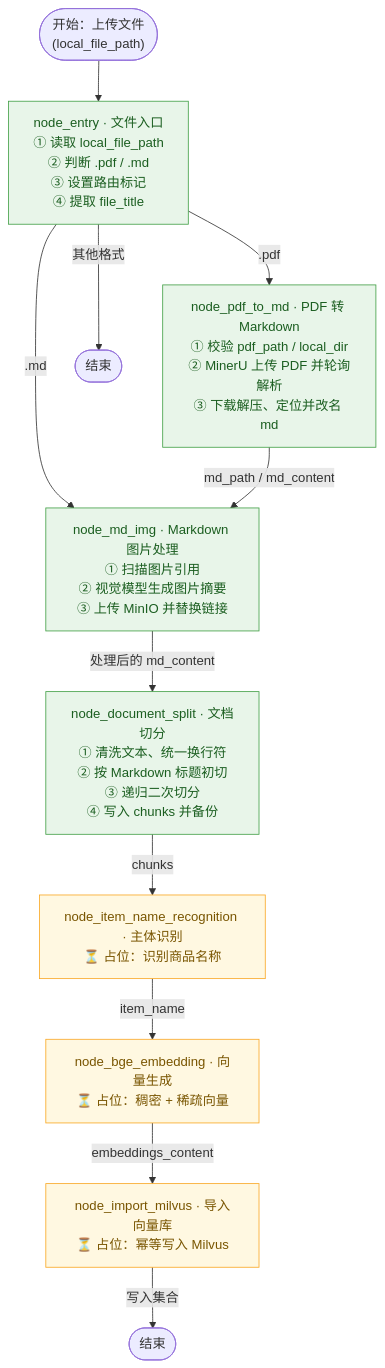
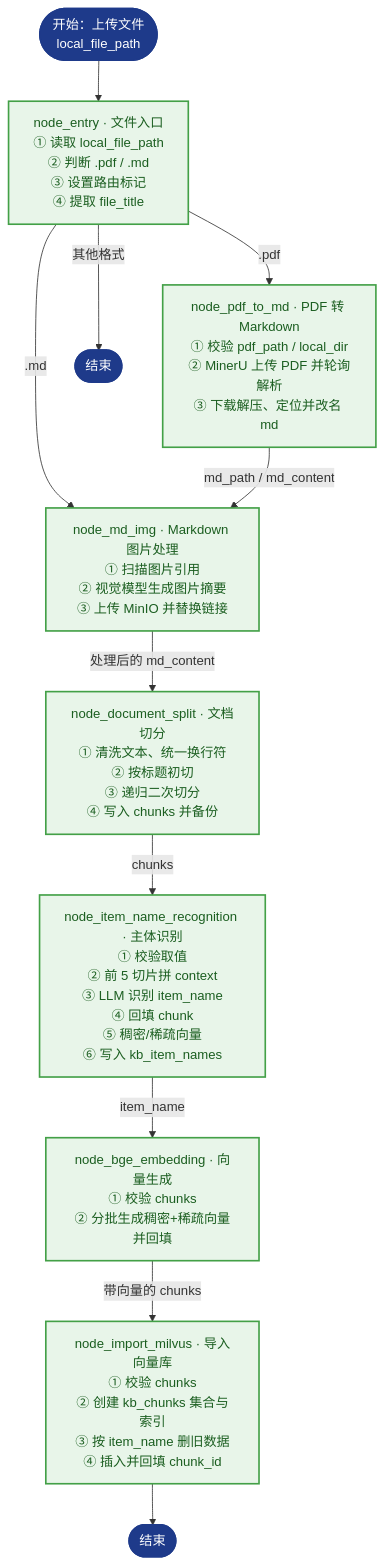
Before and after one commit to Zebra0312/RAG_Thinktank: the diagram in README.md, drawn with Mermaid. The commit also changed other lines of this file, not shown here.

Commit message:
更新README,导入部分暂完成

````diff
--- a/README.md
+++ b/README.md
@@ -11,25 +11,30 @@
 ```mermaid
 flowchart TD
-    classDef done fill:#e8f5e9,stroke:#43a047,color:#1b5e20;
-    classDef todo fill:#fff8e1,stroke:#f9a825,color:#795500;
+    classDef startEnd fill:#1e3a8a,stroke:#1e3a8a,color:#ffffff,stroke-width:2px,rx:14px,ry:14px;
+    classDef done fill:#e8f5e9,stroke:#43a047,color:#1b5e20,stroke-width:2px;
 
-    START(["开始：上传文件<br/>(local_file_path)"]) --> N1
+    START(["开始：上传文件<br/>local_file_path"]):::startEnd --> N1
 
-    N1["node_entry · 文件入口<br/>① 读取 local_file_path<br/>② 判断 .pdf / .md<br/>③ 设置路由标记<br/>④ 提取 file_title"]
+    N1["node_entry · 文件入口<br/>① 读取 local_file_path<br/>② 判断 .pdf / .md<br/>③ 设置路由标记<br/>④ 提取 file_title"]:::done
     N1 -->|".md"| N3
     N1 -->|".pdf"| N2
-    N1 -->|"其他格式"| END_A(["结束"])
+    N1 -->|"其他格式"| END_A(["结束"]):::startEnd
 
-    N2["node_pdf_to_md · PDF 转 Markdown<br/>① 校验 pdf_path / local_dir<br/>② MinerU 上传 PDF 并轮询解析<br/>③ 下载解压、定位并改名 md"] -->|"md_path / md_content"| N3
+    N2["node_pdf_to_md · PDF 转 Markdown<br/>① 校验 pdf_path / local_dir<br/>② MinerU 上传 PDF 并轮询解析<br/>③ 下载解压、定位并改名 md"]:::done
+    N2 -->|"md_path / md_content"| N3
 
-    N3["node_md_img · Markdown 图片处理<br/>① 扫描图片引用<br/>② 视觉模型生成图片摘要<br/>③ 上传 MinIO 并替换链接"] -->|"处理后的 md_content"| N4
+    N3["node_md_img · Markdown 图片处理<br/>① 扫描图片引用<br/>② 视觉模型生成图片摘要<br/>③ 上传 MinIO 并替换链接"]:::done
+    N3 -->|"处理后的 md_content"| N4
 
-    N4["node_document_split · 文档切分<br/>① 清洗文本、统一换行符<br/>② 按 Markdown 标题初切<br/>③ 递归二次切分<br/>④ 写入 chunks 并备份"] -->|"chunks"| N5
+    N4["node_document_split · 文档切分<br/>① 清洗文本、统一换行符<br/>② 按标题初切<br/>③ 递归二次切分<br/>④ 写入 chunks 并备份"]:::done
+    N4 -->|"chunks"| N5
 
-    N5["node_item_name_recognition · 主体识别<br/>⏳ 占位：识别商品名称"] -->|"item_name"| N6
-    N6["node_bge_embedding · 向量生成<br/>⏳ 占位：稠密 + 稀疏向量"] -->|"embeddings_content"| N7
-    N7["node_import_milvus · 导入向量库<br/>⏳ 占位：幂等写入 Milvus"] -->|"写入集合"| END_B(["结束"])
+    N5["node_item_name_recognition · 主体识别<br/>① 校验取值<br/>② 前 5 切片拼 context<br/>③ LLM 识别 item_name<br/>④ 回填 chunk<br/>⑤ 稠密/稀疏向量<br/>⑥ 写入 kb_item_names"]:::done
+    N5 -->|"item_name"| N6
 
-    class N1,N2,N3,N4 done;
-    class N5,N6,N7 todo;
+    N6["node_bge_embedding · 向量生成<br/>① 校验 chunks<br/>② 分批生成稠密+稀疏向量并回填"]:::done
+    N6 -->|"带向量的 chunks"| N7
+
+    N7["node_import_milvus · 导入向量库<br/>① 校验 chunks<br/>② 创建 kb_chunks 集合与索引<br/>③ 按 item_name 删旧数据<br/>④ 插入并回填 chunk_id"]:::done
+    N7 --> END_B(["结束"]):::startEnd
 ```
````
